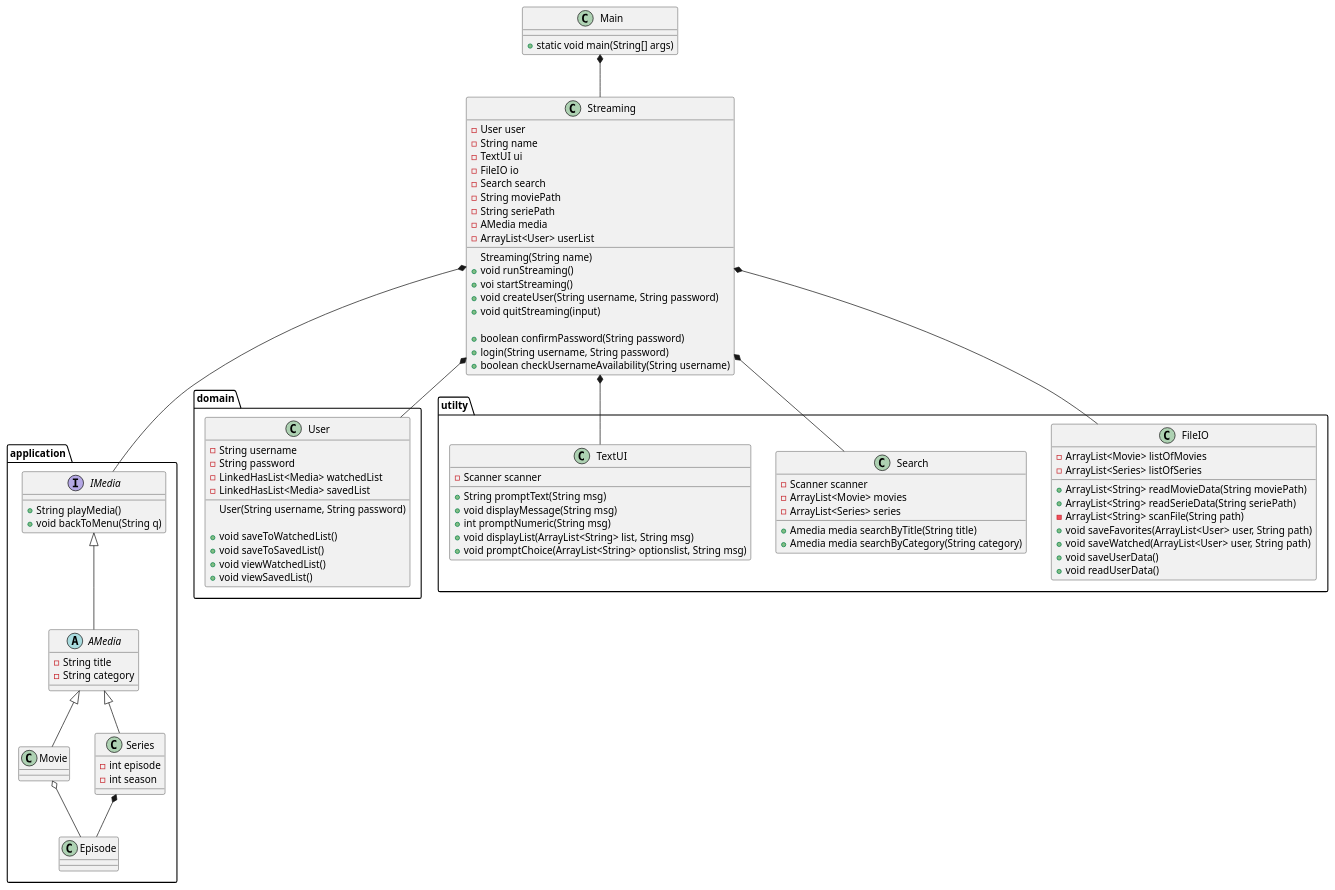
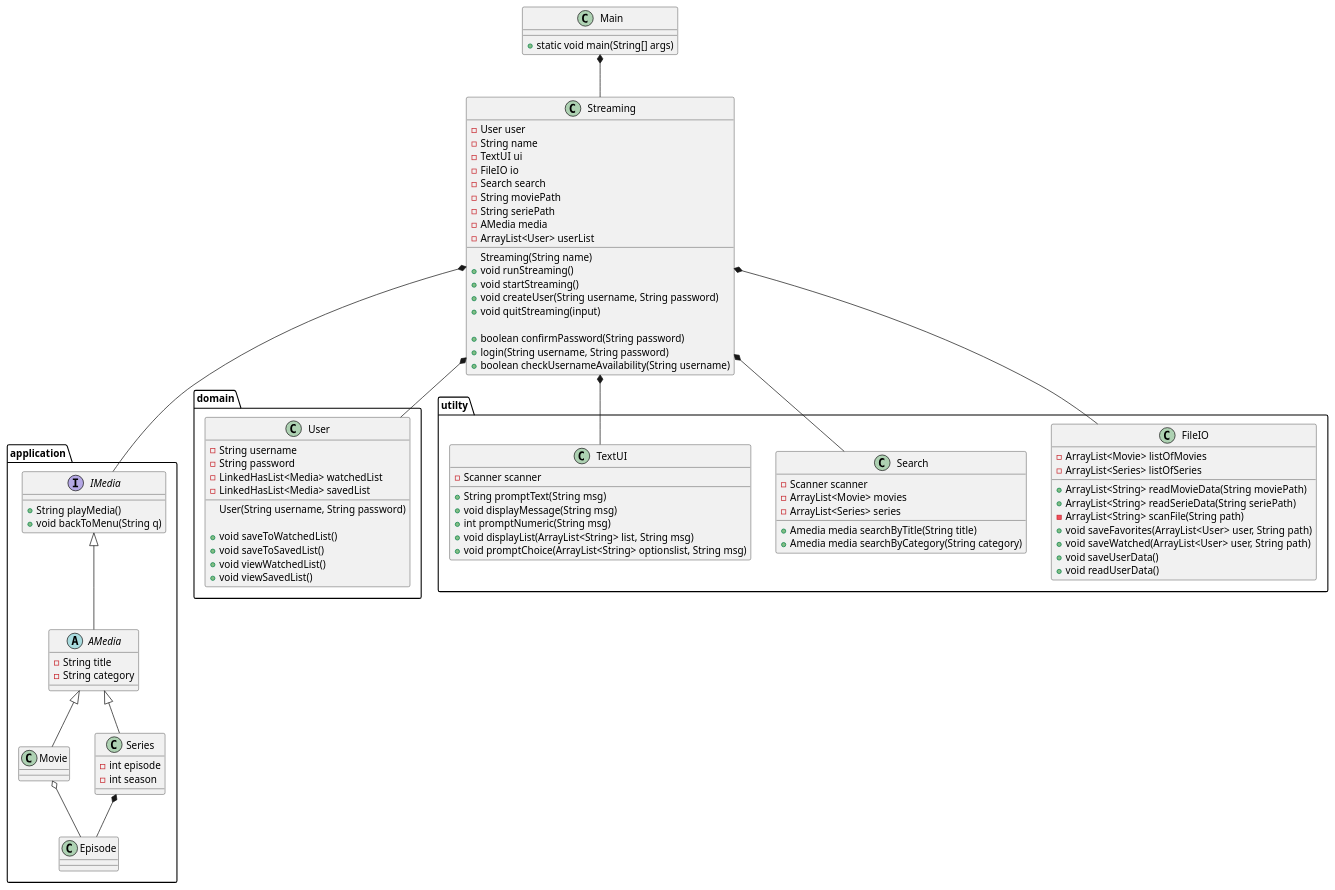
The diagram in Doc/Static/ClassDiagramv1.puml (mrPrimeBeef/Sem1-Project-MovieStream), drawn with PlantUML before and after one commit. The commit also changed 2 other files, not shown here.

Commit message:
start på create user + lasses fileIO

```diff
--- a/Doc/Static/ClassDiagramv1.puml
+++ b/Doc/Static/ClassDiagramv1.puml
@@ -1,124 +1,124 @@
 @startuml
 
 class Main {
 + static void main(String[] args)
 }
 package application{
 interface IMedia {
 + String playMedia()
 + void backToMenu(String q)
 '+ pauseMedia()
 }
 
 abstract AMedia {
 - String title
 - String category
 
 }
 
 class Movie {
 
 }
 
 
 class Series {
 - int episode
 - int season
 }
 class Episode{
 
 }
 }
 
 package domain{
 class User {
 - String username
 - String password
 - LinkedHasList<Media> watchedList
 - LinkedHasList<Media> savedList
 User(String username, String password)
 
 + void saveToWatchedList()
 + void saveToSavedList()
 + void viewWatchedList()
 + void viewSavedList()
 }
 }
 
 class Streaming {
 - User user
 - String name
 - TextUI ui
 - FileIO io
 - Search search
 - String moviePath
 - String seriePath
 - AMedia media
 - ArrayList<User> userList
 Streaming(String name)
 + void runStreaming()
-+ voi startStreaming()
++ void startStreaming()
 + void createUser(String username, String password)
 + void quitStreaming(input)
 
 + boolean confirmPassword(String password)
 + login(String username, String password)
 + boolean checkUsernameAvailability(String username)
 }
 
 
 package utilty{
 class FileIO {
 - ArrayList<Movie> listOfMovies
 - ArrayList<Series> listOfSeries
 + ArrayList<String> readMovieData(String moviePath)
 + ArrayList<String> readSerieData(String seriePath)
 - ArrayList<String> scanFile(String path)
 + void saveFavorites(ArrayList<User> user, String path)
 + void saveWatched(ArrayList<User> user, String path)
 + void saveUserData()
 + void readUserData()
 }
 
 class Search {
 - Scanner scanner
 - ArrayList<Movie> movies
 - ArrayList<Series> series
 + Amedia media searchByTitle(String title)
 + Amedia media searchByCategory(String category)
 
 }
 class TextUI {
 - Scanner scanner
 + String promptText(String msg)
 + void displayMessage(String msg)
 + int promptNumeric(String msg)
 + void displayList(ArrayList<String> list, String msg)
 + void promptChoice(ArrayList<String> optionslist, String msg)
 }
 }
 
 
 Main *-- Streaming
 Streaming *-- IMedia
 Streaming *-- User
 Streaming *-- Search
 Streaming *-- TextUI
 IMedia <|-- AMedia
 Streaming *-- FileIO
 AMedia <|-- Movie
 AMedia  <|-- Series
 Series *-- Episode
 Movie o-- Episode
 
 'https://devhints.io/plantuml
 'Car <|-- SmallCar      # extension
 'Car *-- Engine         # composition
 'Cars o-- Car           # aggregation
 'Car <|.. SmallCar      # dotted line (use .. instead of --)
 'Car <|--* Car
 
 '-left->
 '-right->
 
 @enduml
```
